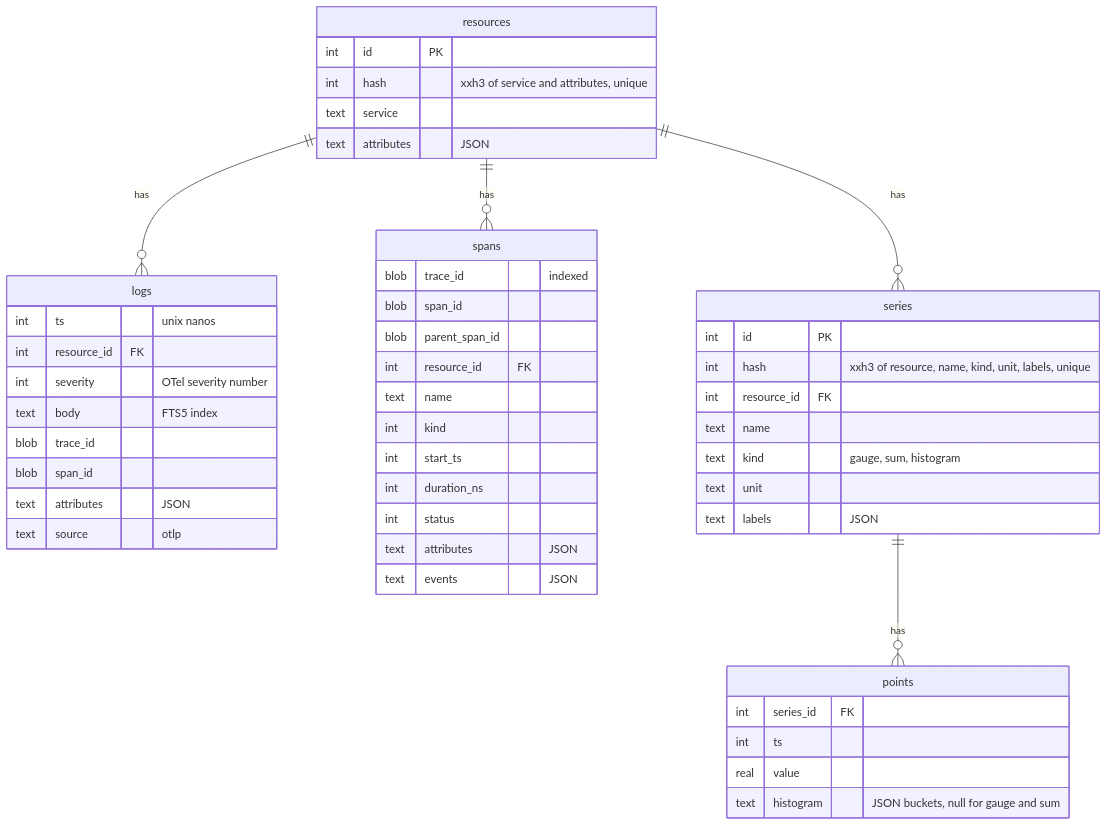
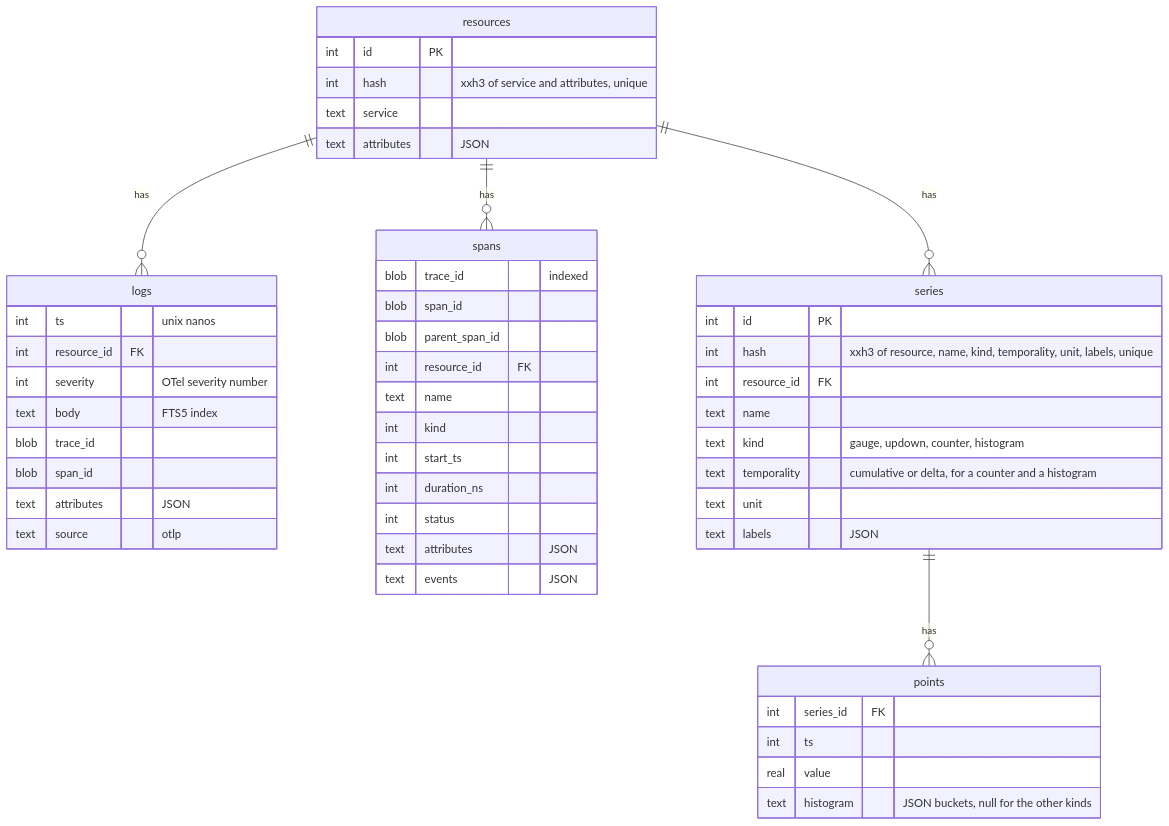
The second of 2 diagrams in docs/telemetry.md (sukovanej/otelo), drawn with Mermaid before and after one commit. The commit also changed other lines of this file, not shown here.

````diff
--- a/docs/telemetry.md
+++ b/docs/telemetry.md
@@ -34,51 +35,52 @@
 ```mermaid
 erDiagram
   resources ||--o{ logs : has
   resources ||--o{ spans : has
   resources ||--o{ series : has
   series ||--o{ points : has
   resources {
     int id PK
     int hash "xxh3 of service and attributes, unique"
     text service
     text attributes "JSON"
   }
   logs {
     int ts "unix nanos"
     int resource_id FK
     int severity "OTel severity number"
     text body "FTS5 index"
     blob trace_id
     blob span_id
     text attributes "JSON"
     text source "otlp"
   }
   spans {
     blob trace_id "indexed"
     blob span_id
     blob parent_span_id
     int resource_id FK
     text name
     int kind
     int start_ts
     int duration_ns
     int status
     text attributes "JSON"
     text events "JSON"
   }
   series {
     int id PK
-    int hash "xxh3 of resource, name, kind, unit, labels, unique"
+    int hash "xxh3 of resource, name, kind, temporality, unit, labels, unique"
     int resource_id FK
     text name
-    text kind "gauge, sum, histogram"
+    text kind "gauge, updown, counter, histogram"
+    text temporality "cumulative or delta, for a counter and a histogram"
     text unit
     text labels "JSON"
   }
   points {
     int series_id FK
     int ts
     real value
-    text histogram "JSON buckets, null for gauge and sum"
+    text histogram "JSON buckets, null for the other kinds"
   }
 ```
````
